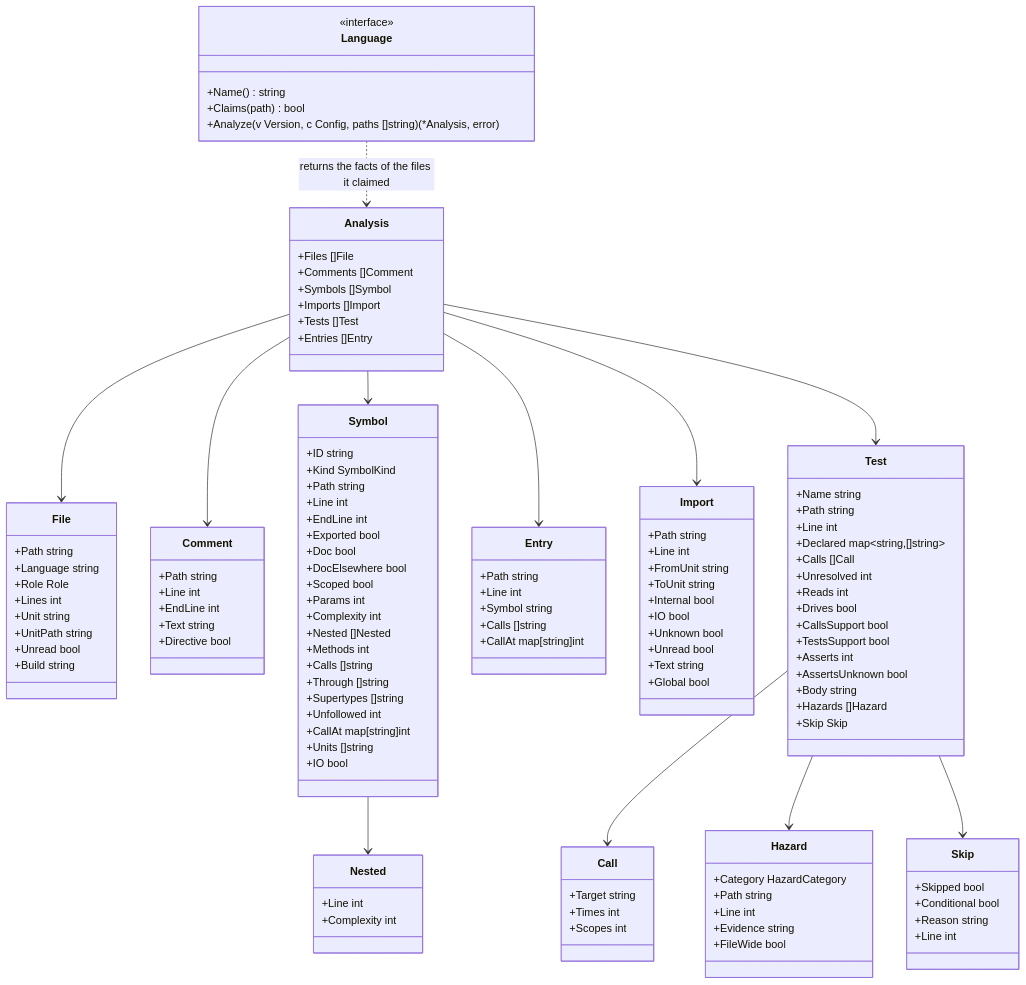
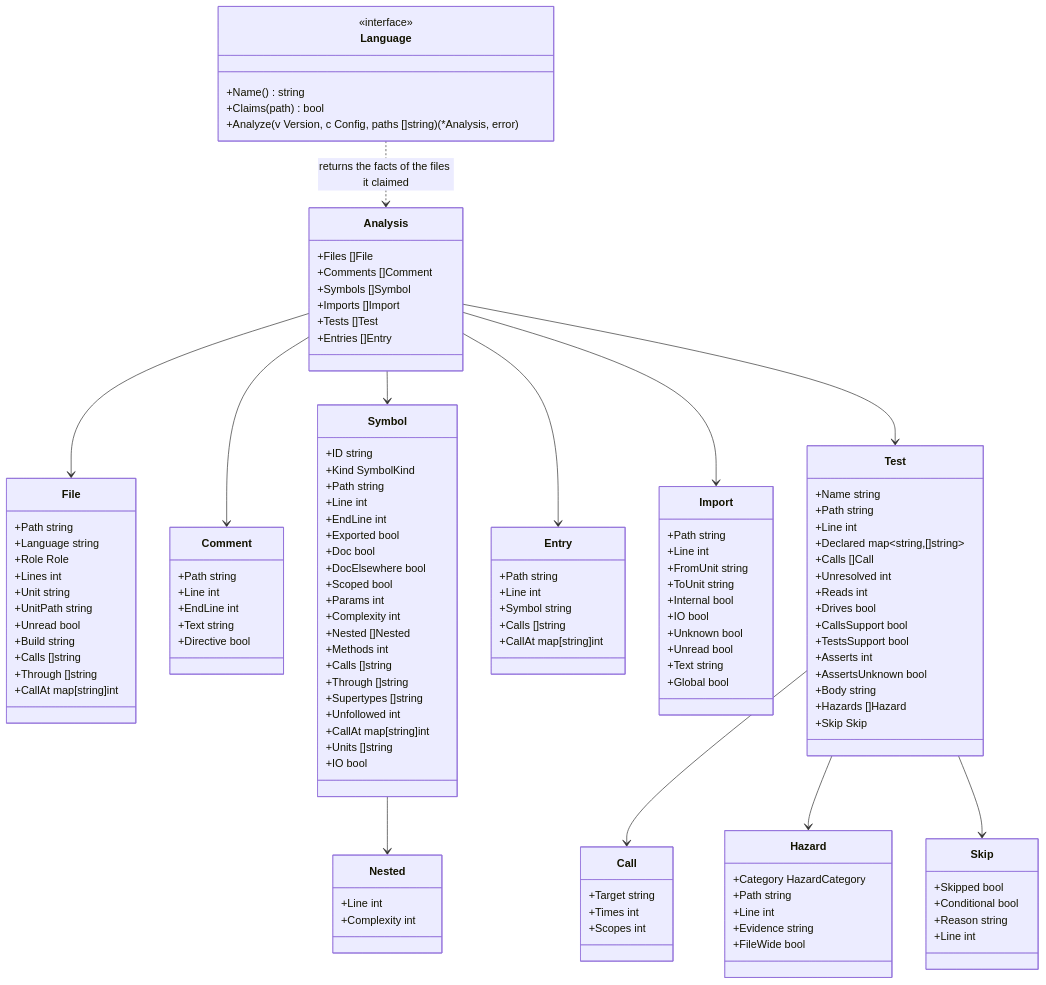
One commit to rerorets/hadome changed the diagram in docs/design/adapters.md. Above: the diagram before and after it, drawn with Mermaid. The commit also changed other lines of this file and 3 other files, not shown here.

Commit message:
The design says calls outside functions are counted by the call diagram, from the file's unit

```diff
--- a/docs/design/adapters.md
+++ b/docs/design/adapters.md
@@ -39,6 +39,9 @@
     +UnitPath string
     +Unread bool
     +Build string
+    +Calls []string
+    +Through []string
+    +CallAt map[string]int
   }
   class Comment {
     +Path string
```
